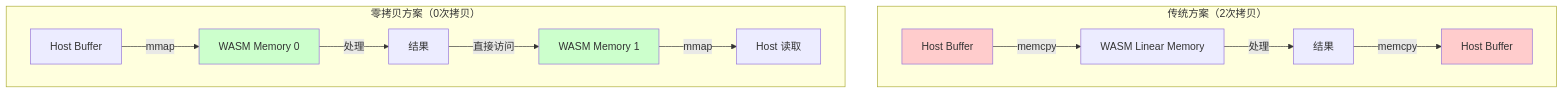
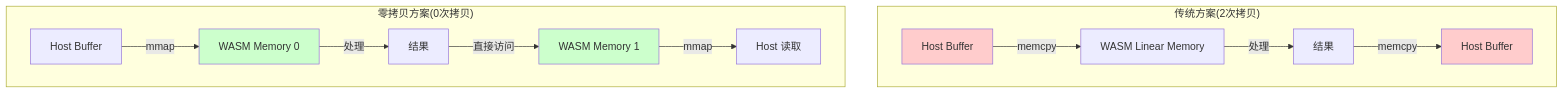
Before and after one commit to AdaMartin18010/AnalysisDataFlow: the fourth of 4 diagrams in Knowledge/Flink-Scala-Rust-Comprehensive/src-analysis/wasm-udf-performance-src.md, drawn with Mermaid. The commit also changed other lines of this file and 634 other files, not shown here.

````diff
--- a/Knowledge/Flink-Scala-Rust-Comprehensive/src-analysis/wasm-udf-performance-src.md
+++ b/Knowledge/Flink-Scala-Rust-Comprehensive/src-analysis/wasm-udf-performance-src.md
@@ -825,20 +825,20 @@
 ```mermaid
 graph TB
-    subgraph "传统方案（2次拷贝）"
+    subgraph "传统方案(2次拷贝)"
         A1[Host Buffer] -->|memcpy| B1[WASM Linear Memory]
         B1 -->|处理| C1[结果]
         C1 -->|memcpy| D1[Host Buffer]
     end
 
-    subgraph "零拷贝方案（0次拷贝）"
+    subgraph "零拷贝方案(0次拷贝)"
         A2[Host Buffer] -->|mmap| B2[WASM Memory 0]
         B2 -->|处理| C2[结果]
         C2 -->|直接访问| B3[WASM Memory 1]
         B3 -->|mmap| D2[Host 读取]
     end
 
     style A1 fill:#ffcccc
     style D1 fill:#ffcccc
     style B2 fill:#ccffcc
     style B3 fill:#ccffcc
 ```
````
